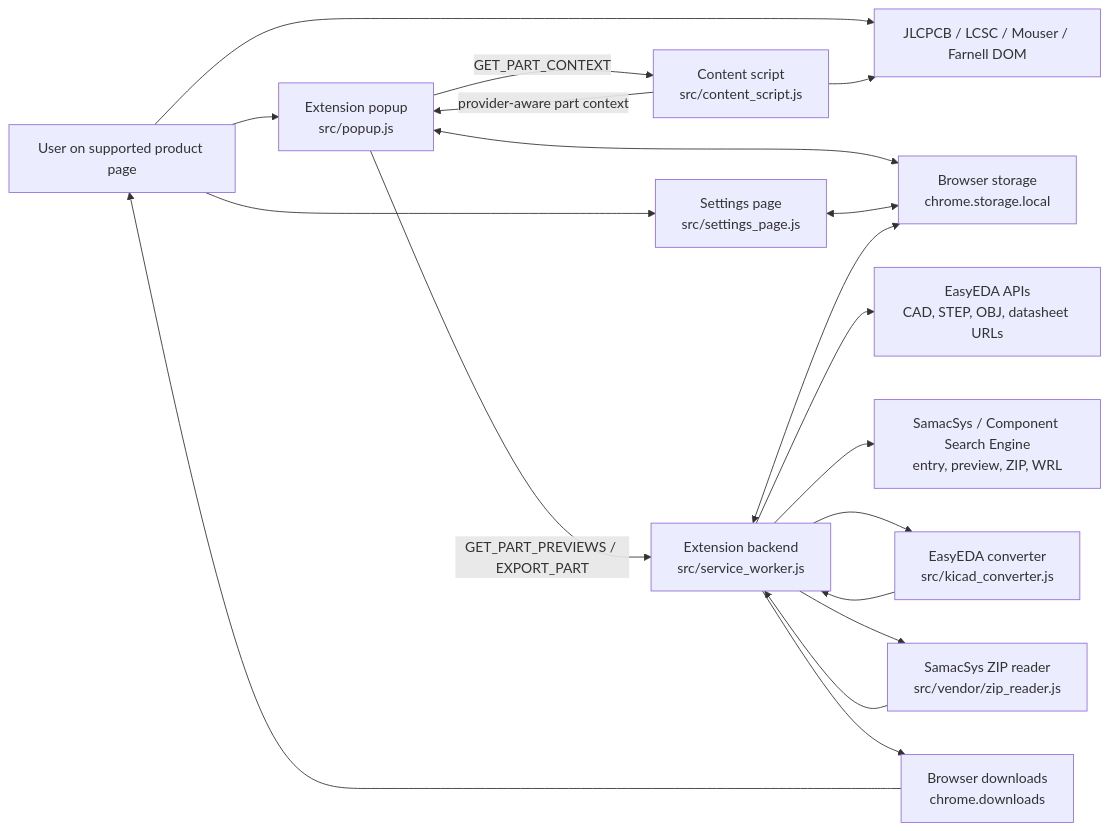
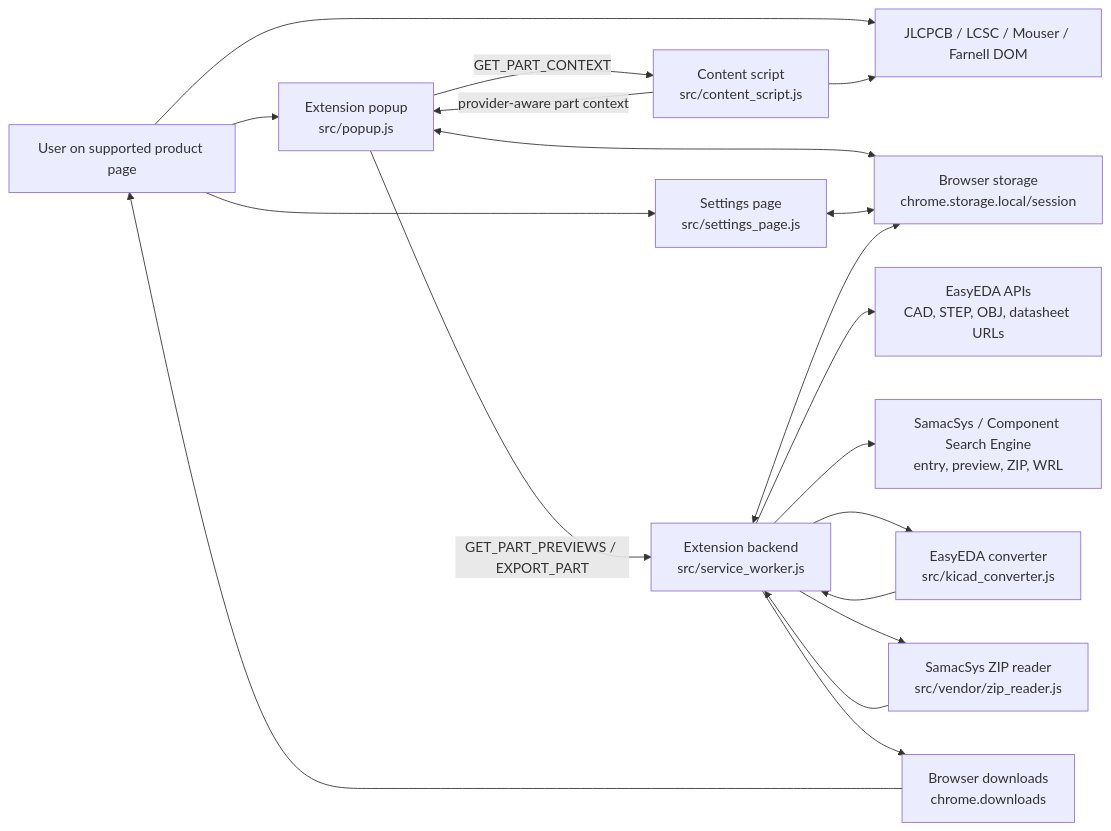
Before and after one commit to JoeShade/easyEdaDownloader: the diagram in systemDesign.md, drawn with Mermaid. The commit also changed other lines of this file and 17 other files, not shown here.

````diff
--- a/systemDesign.md
+++ b/systemDesign.md
@@ -69,34 +69,34 @@
 ```mermaid
 flowchart LR
     user["User on supported product page"]
     productPage["JLCPCB / LCSC / Mouser / Farnell DOM"]
     contentScript["Content script\nsrc/content_script.js"]
     popup["Extension popup\nsrc/popup.js"]
     settingsPage["Settings page\nsrc/settings_page.js"]
-    storage["Browser storage\nchrome.storage.local"]
+    storage["Browser storage\nchrome.storage.local/session"]
     serviceWorker["Extension backend\nsrc/service_worker.js"]
     converter["EasyEDA converter\nsrc/kicad_converter.js"]
     zipReader["SamacSys ZIP reader\nsrc/vendor/zip_reader.js"]
     downloads["Browser downloads\nchrome.downloads"]
     easyeda["EasyEDA APIs\nCAD, STEP, OBJ, datasheet URLs"]
     samacsys["SamacSys / Component Search Engine\nentry, preview, ZIP, WRL"]
 
     user --> productPage
     user --> popup
     user --> settingsPage
     popup -- "GET_PART_CONTEXT" --> contentScript
     contentScript --> productPage
     contentScript -- "provider-aware part context" --> popup
     popup <--> storage
     settingsPage <--> storage
     popup -- "GET_PART_PREVIEWS / EXPORT_PART" --> serviceWorker
     serviceWorker <--> storage
     serviceWorker --> easyeda
     serviceWorker --> samacsys
     serviceWorker --> converter
     serviceWorker --> zipReader
     converter --> serviceWorker
     zipReader --> serviceWorker
     serviceWorker --> downloads
     downloads --> user
 ```
````
